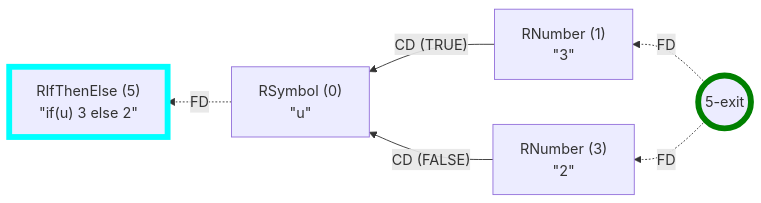
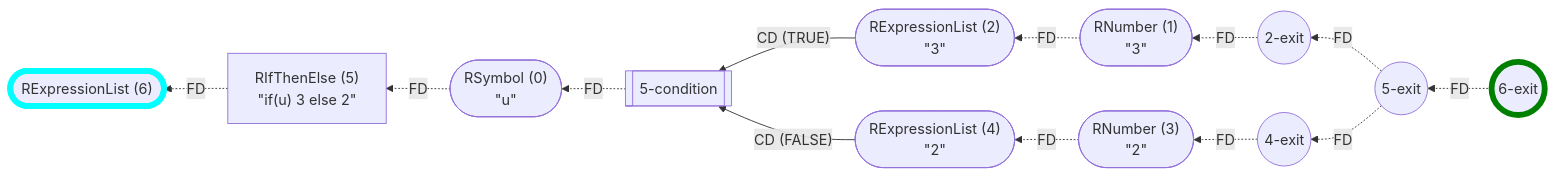
One commit to flowr-analysis/flowr changed the second of 23 diagrams in wiki/Control Flow Graph.md. Above: the diagram before and after it, drawn with Mermaid. The commit also changed other lines of this file and 339 other files, not shown here.

````diff
--- a/wiki/Control Flow Graph.md
+++ b/wiki/Control Flow Graph.md
@@ -79,18 +106,34 @@
 ```mermaid
 flowchart RL
+    n6(["`RExpressionList (6)`"])
     n5["`RIfThenElse (5)
 #34;if(u) 3 else 2#34;`"]
+    n5-condition[[5-condition]]
     n5-exit((5-exit))
-    n0["`RSymbol (0)
-#34;u#34;`"]
-    n1["`RNumber (1)
-#34;3#34;`"]
-    n3["`RNumber (3)
-#34;2#34;`"]
-    n1 -->|"CD (TRUE)"| n0
-    n3 -->|"CD (FALSE)"| n0
+    n0(["`RSymbol (0)
+#34;u#34;`"])
+    n2(["`RExpressionList (2)
+#34;3#34;`"])
+    n1(["`RNumber (1)
+#34;3#34;`"])
+    n2-exit((2-exit))
+    n4(["`RExpressionList (4)
+#34;2#34;`"])
+    n3(["`RNumber (3)
+#34;2#34;`"])
+    n4-exit((4-exit))
+    n6-exit((6-exit))
+    n5 -.->|"FD"| n6
+    n1 -.->|"FD"| n2
+    n2-exit -.->|"FD"| n1
+    n3 -.->|"FD"| n4
+    n4-exit -.->|"FD"| n3
+    n5-condition -.->|"FD"| n0
+    n2 -->|"CD (TRUE)"| n5-condition
+    n4 -->|"CD (FALSE)"| n5-condition
     n0 -.->|"FD"| n5
-    n5-exit -.->|"FD"| n1
-    n5-exit -.->|"FD"| n3
-    style n5 stroke:cyan,stroke-width:6.5px;    style n5-exit stroke:green,stroke-width:6.5px;
+    n5-exit -.->|"FD"| n2-exit
+    n5-exit -.->|"FD"| n4-exit
+    n6-exit -.->|"FD"| n5-exit
+    style n6 stroke:cyan,stroke-width:6.5px;    style n6-exit stroke:green,stroke-width:6.5px;
 ```
````
